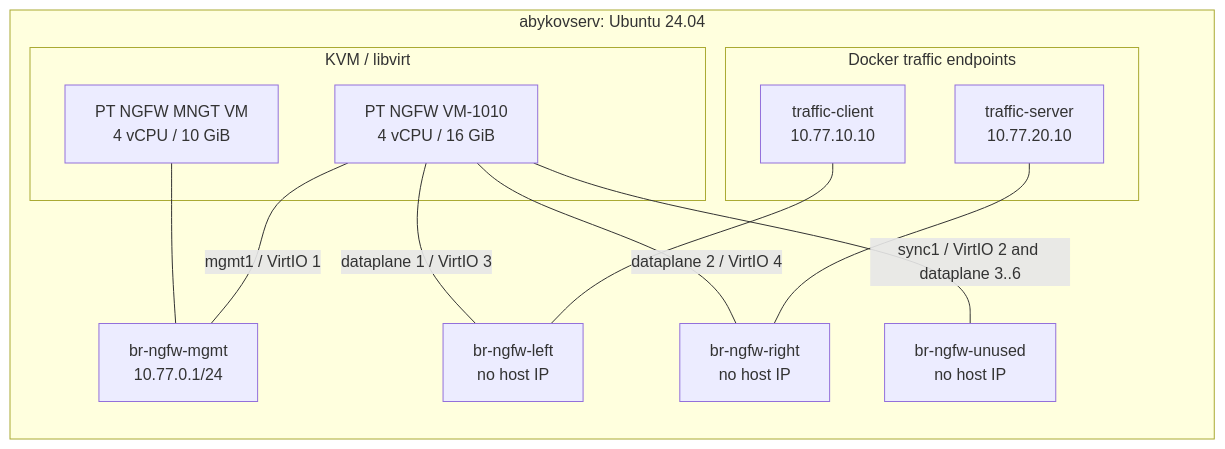
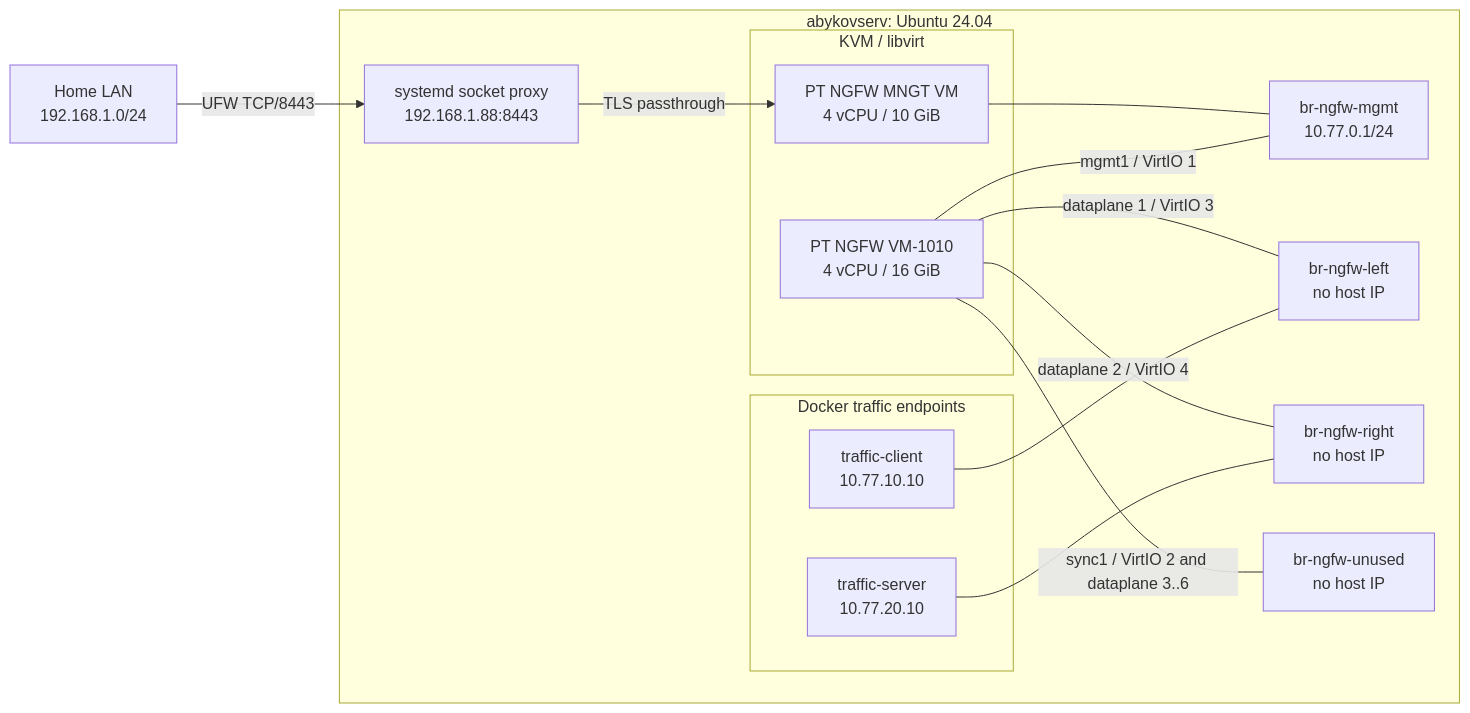
Before and after one commit to abykovwww-byte/ubuntu_ansible_palybooks: the diagram in docs/ngfw-auditd-pilot.md, drawn with Mermaid. The commit also changed other lines of this file and 4 other files, not shown here.

Commit message:
Expose NGFW MNGT to the home LAN

````diff
--- a/docs/ngfw-auditd-pilot.md
+++ b/docs/ngfw-auditd-pilot.md
@@ -24,25 +26,28 @@
 ```mermaid
 flowchart LR
     subgraph H[abykovserv: Ubuntu 24.04]
       subgraph K[KVM / libvirt]
         M[PT NGFW MNGT VM\n4 vCPU / 10 GiB]
         F[PT NGFW VM-1010\n4 vCPU / 16 GiB]
       end
       subgraph D[Docker traffic endpoints]
         C[traffic-client\n10.77.10.10]
         S[traffic-server\n10.77.20.10]
       end
       MG[br-ngfw-mgmt\n10.77.0.1/24]
+      P[systemd socket proxy\n192.168.1.88:8443]
       L[br-ngfw-left\nno host IP]
       R[br-ngfw-right\nno host IP]
       U[br-ngfw-unused\nno host IP]
     end
 
     M --- MG
+    P -->|TLS passthrough| M
     F -- mgmt1 / VirtIO 1 --- MG
     F -- dataplane 1 / VirtIO 3 --- L
     F -- dataplane 2 / VirtIO 4 --- R
     F -- sync1 / VirtIO 2 and dataplane 3..6 --- U
     C --- L
     S --- R
+    LAN[Home LAN\n192.168.1.0/24] -->|UFW TCP/8443| P
 ```
````
